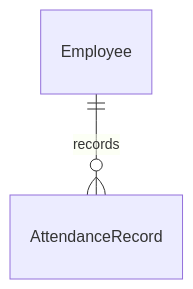
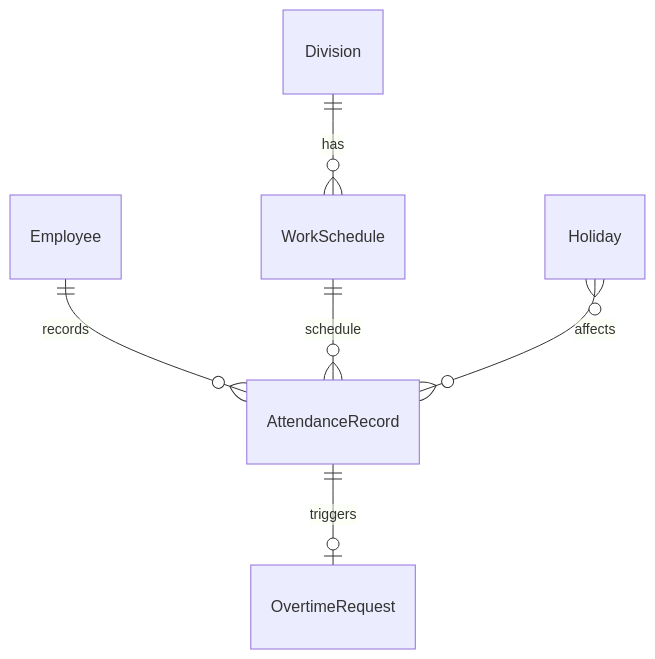
One commit to Gilabs-Studio/gims-platform changed diagram 13 of 15 in docs/erp-sprint-planning.md. Above: the diagram before and after it, drawn with Mermaid. The commit also changed other lines of this file and 86 other files, not shown here.

````diff
--- a/docs/erp-sprint-planning.md
+++ b/docs/erp-sprint-planning.md
@@ -922,4 +931,8 @@
 ```mermaid
 erDiagram
     Employee ||--o{ AttendanceRecord : "records"
+    WorkSchedule ||--o{ AttendanceRecord : "schedule"
+    AttendanceRecord ||--o| OvertimeRequest : "triggers"
+    Holiday }o--o{ AttendanceRecord : "affects"
+    Division ||--o{ WorkSchedule : "has"
 ```
````
